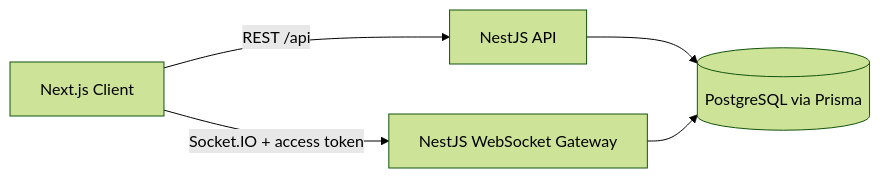
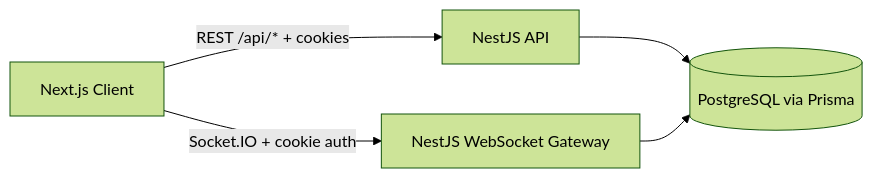
The diagram in README.md (itsmedeejey/end2end), drawn with Mermaid (forest theme) before and after one commit. The commit also changed other lines of this file, not shown here.

````diff
--- a/README.md
+++ b/README.md
@@ -50,7 +50,7 @@
 ```mermaid
 flowchart LR
-  C[Next.js Client] -->|REST /api| A[NestJS API]
-  C -->|Socket.IO + access token| W[NestJS WebSocket Gateway]
+  C[Next.js Client] -->|REST /api/* + cookies| A[NestJS API]
+  C -->|Socket.IO + cookie auth| W[NestJS WebSocket Gateway]
   A --> P[(PostgreSQL via Prisma)]
   W --> P
 ```
````
